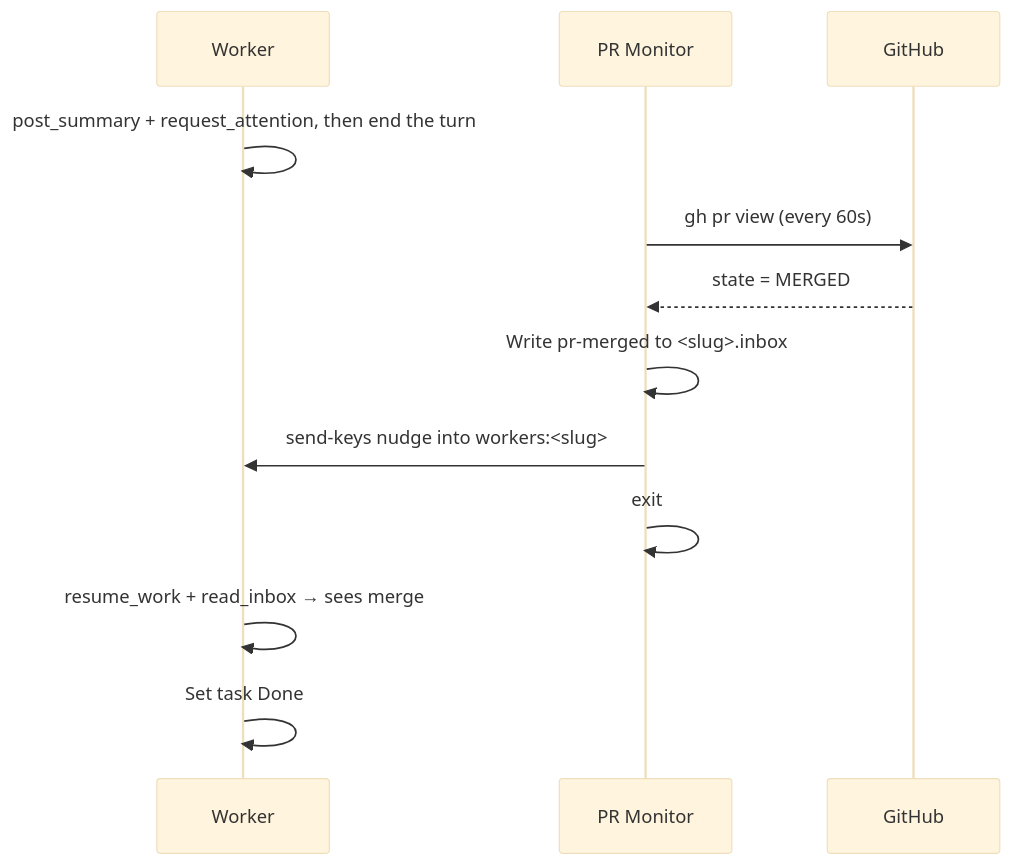
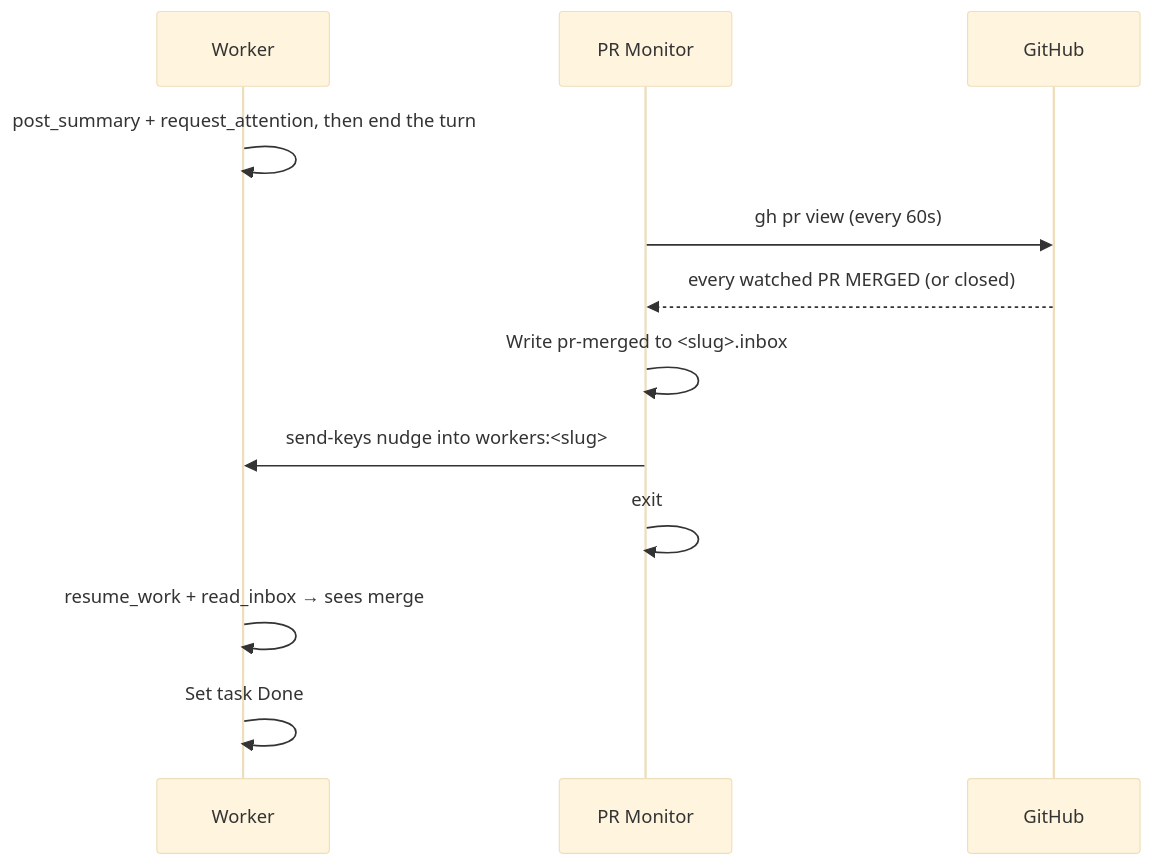
The seventh of 9 diagrams in docs/agentic-workflow.md (gara2000/agentmesh), drawn with Mermaid (base theme) before and after one commit. The commit also changed other lines of this file and 21 other files, not shown here.

First line of the commit message:
fix(pr-monitor): watch every PR of a task; Done only once all are merged [WORK-6z5]

````diff
--- a/docs/agentic-workflow.md
+++ b/docs/agentic-workflow.md
@@ -518,15 +524,15 @@
 ```mermaid
 sequenceDiagram
     participant W as Worker
     participant PM as PR Monitor
     participant GH as GitHub
 
     W->>W: post_summary + request_attention, then end the turn
     PM->>GH: gh pr view (every 60s)
-    GH-->>PM: state = MERGED
+    GH-->>PM: every watched PR MERGED (or closed)
     PM->>PM: Write pr-merged to <slug>.inbox
     PM->>W: send-keys nudge into workers:<slug>
     PM->>PM: exit
     W->>W: resume_work + read_inbox → sees merge
     W->>W: Set task Done
 ```
````
